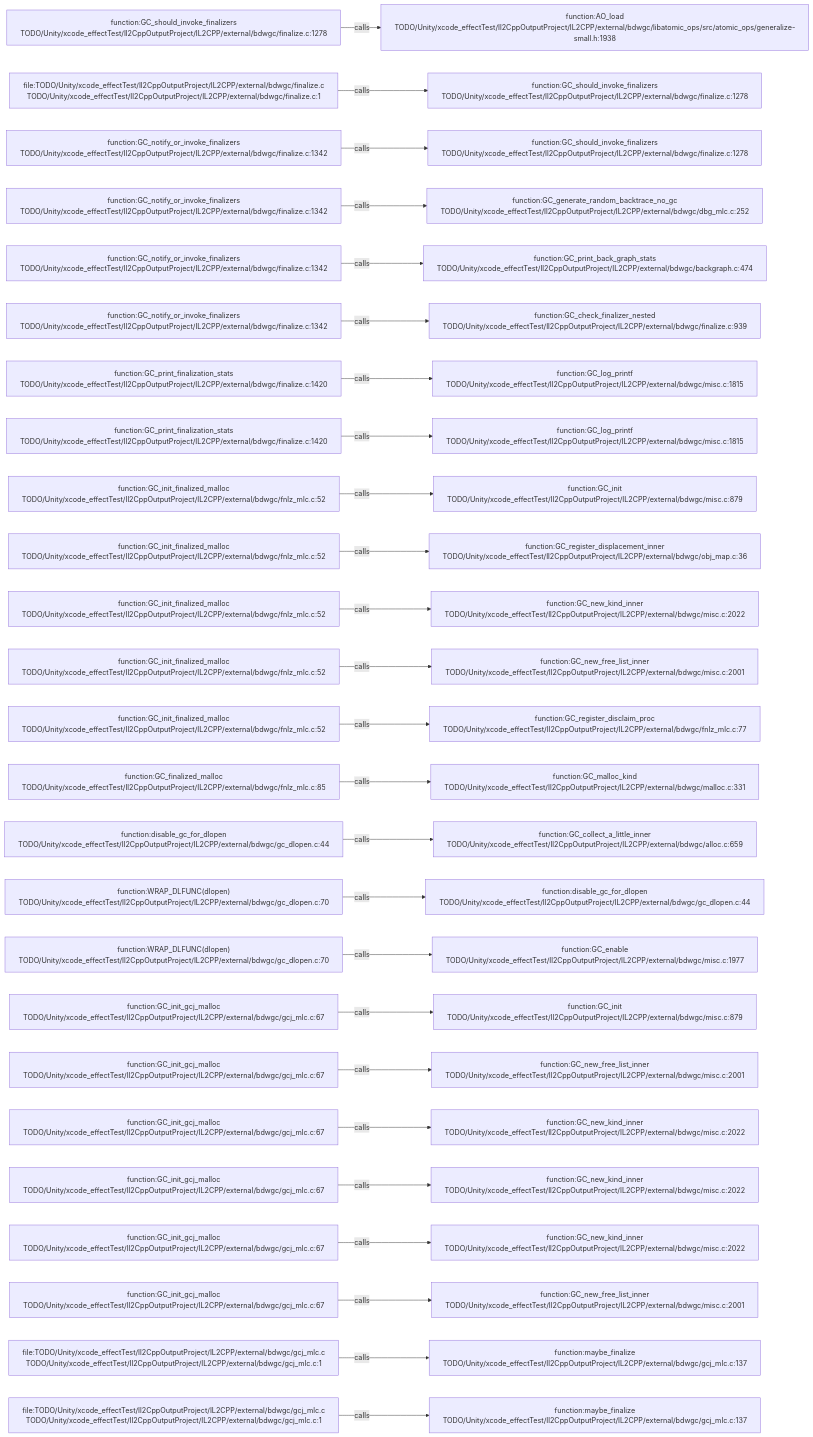
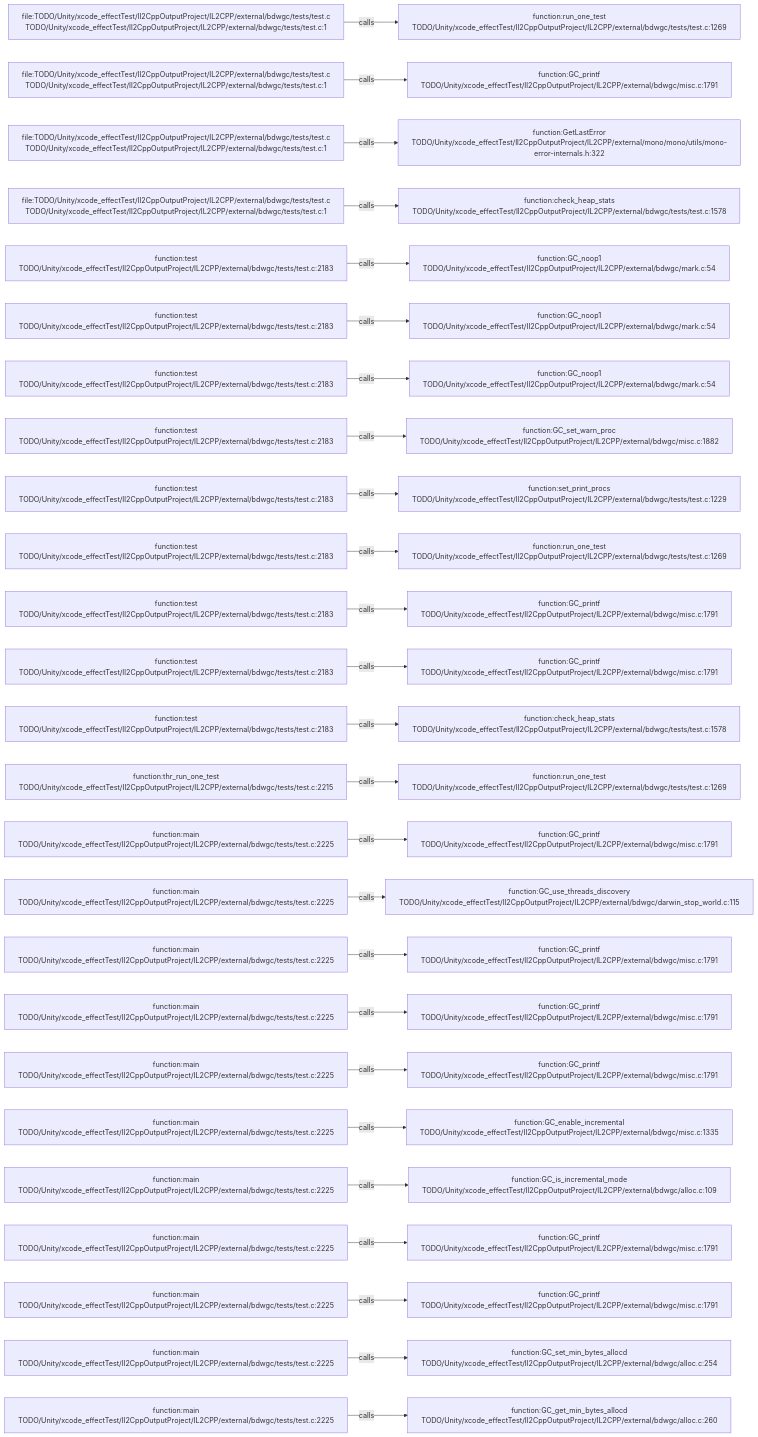
The diagram in .codegraph/codegraph.md/graphs/calls-178.md (JobsKits/JobsSwiftBaseConfigDemo), drawn with Mermaid before and after one commit. The commit also changed 227 other files, not shown here.

````diff
--- a/.codegraph/codegraph.md/graphs/calls-178.md
+++ b/.codegraph/codegraph.md/graphs/calls-178.md
@@ -13,78 +13,78 @@
 ```mermaid
 flowchart LR
-  S1["function:GC_should_invoke_finalizers<br/>TODO/Unity/xcode_effectTest/Il2CppOutputProject/IL2CPP/external/bdwgc/finalize.c:1278"]
-  T1["function:AO_load<br/>TODO/Unity/xcode_effectTest/Il2CppOutputProject/IL2CPP/external/bdwgc/libatomic_ops/src/atomic_ops/generalize-small.h:1938"]
+  S1["file:TODO/Unity/xcode_effectTest/Il2CppOutputProject/IL2CPP/external/bdwgc/tests/test.c<br/>TODO/Unity/xcode_effectTest/Il2CppOutputProject/IL2CPP/external/bdwgc/tests/test.c:1"]
+  T1["function:run_one_test<br/>TODO/Unity/xcode_effectTest/Il2CppOutputProject/IL2CPP/external/bdwgc/tests/test.c:1269"]
   S1 -->|calls| T1
-  S2["file:TODO/Unity/xcode_effectTest/Il2CppOutputProject/IL2CPP/external/bdwgc/finalize.c<br/>TODO/Unity/xcode_effectTest/Il2CppOutputProject/IL2CPP/external/bdwgc/finalize.c:1"]
-  T2["function:GC_should_invoke_finalizers<br/>TODO/Unity/xcode_effectTest/Il2CppOutputProject/IL2CPP/external/bdwgc/finalize.c:1278"]
+  S2["file:TODO/Unity/xcode_effectTest/Il2CppOutputProject/IL2CPP/external/bdwgc/tests/test.c<br/>TODO/Unity/xcode_effectTest/Il2CppOutputProject/IL2CPP/external/bdwgc/tests/test.c:1"]
+  T2["function:GC_printf<br/>TODO/Unity/xcode_effectTest/Il2CppOutputProject/IL2CPP/external/bdwgc/misc.c:1791"]
   S2 -->|calls| T2
-  S3["function:GC_notify_or_invoke_finalizers<br/>TODO/Unity/xcode_effectTest/Il2CppOutputProject/IL2CPP/external/bdwgc/finalize.c:1342"]
-  T3["function:GC_should_invoke_finalizers<br/>TODO/Unity/xcode_effectTest/Il2CppOutputProject/IL2CPP/external/bdwgc/finalize.c:1278"]
+  S3["file:TODO/Unity/xcode_effectTest/Il2CppOutputProject/IL2CPP/external/bdwgc/tests/test.c<br/>TODO/Unity/xcode_effectTest/Il2CppOutputProject/IL2CPP/external/bdwgc/tests/test.c:1"]
+  T3["function:GetLastError<br/>TODO/Unity/xcode_effectTest/Il2CppOutputProject/IL2CPP/external/mono/mono/utils/mono-error-internals.h:322"]
   S3 -->|calls| T3
-  S4["function:GC_notify_or_invoke_finalizers<br/>TODO/Unity/xcode_effectTest/Il2CppOutputProject/IL2CPP/external/bdwgc/finalize.c:1342"]
-  T4["function:GC_generate_random_backtrace_no_gc<br/>TODO/Unity/xcode_effectTest/Il2CppOutputProject/IL2CPP/external/bdwgc/dbg_mlc.c:252"]
+  S4["file:TODO/Unity/xcode_effectTest/Il2CppOutputProject/IL2CPP/external/bdwgc/tests/test.c<br/>TODO/Unity/xcode_effectTest/Il2CppOutputProject/IL2CPP/external/bdwgc/tests/test.c:1"]
+  T4["function:check_heap_stats<br/>TODO/Unity/xcode_effectTest/Il2CppOutputProject/IL2CPP/external/bdwgc/tests/test.c:1578"]
   S4 -->|calls| T4
-  S5["function:GC_notify_or_invoke_finalizers<br/>TODO/Unity/xcode_effectTest/Il2CppOutputProject/IL2CPP/external/bdwgc/finalize.c:1342"]
-  T5["function:GC_print_back_graph_stats<br/>TODO/Unity/xcode_effectTest/Il2CppOutputProject/IL2CPP/external/bdwgc/backgraph.c:474"]
+  S5["function:test<br/>TODO/Unity/xcode_effectTest/Il2CppOutputProject/IL2CPP/external/bdwgc/tests/test.c:2183"]
+  T5["function:GC_noop1<br/>TODO/Unity/xcode_effectTest/Il2CppOutputProject/IL2CPP/external/bdwgc/mark.c:54"]
   S5 -->|calls| T5
-  S6["function:GC_notify_or_invoke_finalizers<br/>TODO/Unity/xcode_effectTest/Il2CppOutputProject/IL2CPP/external/bdwgc/finalize.c:1342"]
-  T6["function:GC_check_finalizer_nested<br/>TODO/Unity/xcode_effectTest/Il2CppOutputProject/IL2CPP/external/bdwgc/finalize.c:939"]
+  S6["function:test<br/>TODO/Unity/xcode_effectTest/Il2CppOutputProject/IL2CPP/external/bdwgc/tests/test.c:2183"]
+  T6["function:GC_noop1<br/>TODO/Unity/xcode_effectTest/Il2CppOutputProject/IL2CPP/external/bdwgc/mark.c:54"]
   S6 -->|calls| T6
-  S7["function:GC_print_finalization_stats<br/>TODO/Unity/xcode_effectTest/Il2CppOutputProject/IL2CPP/external/bdwgc/finalize.c:1420"]
-  T7["function:GC_log_printf<br/>TODO/Unity/xcode_effectTest/Il2CppOutputProject/IL2CPP/external/bdwgc/misc.c:1815"]
+  S7["function:test<br/>TODO/Unity/xcode_effectTest/Il2CppOutputProject/IL2CPP/external/bdwgc/tests/test.c:2183"]
+  T7["function:GC_noop1<br/>TODO/Unity/xcode_effectTest/Il2CppOutputProject/IL2CPP/external/bdwgc/mark.c:54"]
   S7 -->|calls| T7
-  S8["function:GC_print_finalization_stats<br/>TODO/Unity/xcode_effectTest/Il2CppOutputProject/IL2CPP/external/bdwgc/finalize.c:1420"]
-  T8["function:GC_log_printf<br/>TODO/Unity/xcode_effectTest/Il2CppOutputProject/IL2CPP/external/bdwgc/misc.c:1815"]
+  S8["function:test<br/>TODO/Unity/xcode_effectTest/Il2CppOutputProject/IL2CPP/external/bdwgc/tests/test.c:2183"]
+  T8["function:GC_set_warn_proc<br/>TODO/Unity/xcode_effectTest/Il2CppOutputProject/IL2CPP/external/bdwgc/misc.c:1882"]
   S8 -->|calls| T8
-  S9["function:GC_init_finalized_malloc<br/>TODO/Unity/xcode_effectTest/Il2CppOutputProject/IL2CPP/external/bdwgc/fnlz_mlc.c:52"]
-  T9["function:GC_init<br/>TODO/Unity/xcode_effectTest/Il2CppOutputProject/IL2CPP/external/bdwgc/misc.c:879"]
+  S9["function:test<br/>TODO/Unity/xcode_effectTest/Il2CppOutputProject/IL2CPP/external/bdwgc/tests/test.c:2183"]
+  T9["function:set_print_procs<br/>TODO/Unity/xcode_effectTest/Il2CppOutputProject/IL2CPP/external/bdwgc/tests/test.c:1229"]
   S9 -->|calls| T9
-  S10["function:GC_init_finalized_malloc<br/>TODO/Unity/xcode_effectTest/Il2CppOutputProject/IL2CPP/external/bdwgc/fnlz_mlc.c:52"]
-  T10["function:GC_register_displacement_inner<br/>TODO/Unity/xcode_effectTest/Il2CppOutputProject/IL2CPP/external/bdwgc/obj_map.c:36"]
+  S10["function:test<br/>TODO/Unity/xcode_effectTest/Il2CppOutputProject/IL2CPP/external/bdwgc/tests/test.c:2183"]
+  T10["function:run_one_test<br/>TODO/Unity/xcode_effectTest/Il2CppOutputProject/IL2CPP/external/bdwgc/tests/test.c:1269"]
   S10 -->|calls| T10
-  S11["function:GC_init_finalized_malloc<br/>TODO/Unity/xcode_effectTest/Il2CppOutputProject/IL2CPP/external/bdwgc/fnlz_mlc.c:52"]
-  T11["function:GC_new_kind_inner<br/>TODO/Unity/xcode_effectTest/Il2CppOutputProject/IL2CPP/external/bdwgc/misc.c:2022"]
+  S11["function:test<br/>TODO/Unity/xcode_effectTest/Il2CppOutputProject/IL2CPP/external/bdwgc/tests/test.c:2183"]
+  T11["function:GC_printf<br/>TODO/Unity/xcode_effectTest/Il2CppOutputProject/IL2CPP/external/bdwgc/misc.c:1791"]
   S11 -->|calls| T11
-  S12["function:GC_init_finalized_malloc<br/>TODO/Unity/xcode_effectTest/Il2CppOutputProject/IL2CPP/external/bdwgc/fnlz_mlc.c:52"]
-  T12["function:GC_new_free_list_inner<br/>TODO/Unity/xcode_effectTest/Il2CppOutputProject/IL2CPP/external/bdwgc/misc.c:2001"]
+  S12["function:test<br/>TODO/Unity/xcode_effectTest/Il2CppOutputProject/IL2CPP/external/bdwgc/tests/test.c:2183"]
+  T12["function:GC_printf<br/>TODO/Unity/xcode_effectTest/Il2CppOutputProject/IL2CPP/external/bdwgc/misc.c:1791"]
   S12 -->|calls| T12
-  S13["function:GC_init_finalized_malloc<br/>TODO/Unity/xcode_effectTest/Il2CppOutputProject/IL2CPP/external/bdwgc/fnlz_mlc.c:52"]
-  T13["function:GC_register_disclaim_proc<br/>TODO/Unity/xcode_effectTest/Il2CppOutputProject/IL2CPP/external/bdwgc/fnlz_mlc.c:77"]
+  S13["function:test<br/>TODO/Unity/xcode_effectTest/Il2CppOutputProject/IL2CPP/external/bdwgc/tests/test.c:2183"]
+  T13["function:check_heap_stats<br/>TODO/Unity/xcode_effectTest/Il2CppOutputProject/IL2CPP/external/bdwgc/tests/test.c:1578"]
   S13 -->|calls| T13
-  S14["function:GC_finalized_malloc<br/>TODO/Unity/xcode_effectTest/Il2CppOutputProject/IL2CPP/external/bdwgc/fnlz_mlc.c:85"]
-  T14["function:GC_malloc_kind<br/>TODO/Unity/xcode_effectTest/Il2CppOutputProject/IL2CPP/external/bdwgc/malloc.c:331"]
+  S14["function:thr_run_one_test<br/>TODO/Unity/xcode_effectTest/Il2CppOutputProject/IL2CPP/external/bdwgc/tests/test.c:2215"]
+  T14["function:run_one_test<br/>TODO/Unity/xcode_effectTest/Il2CppOutputProject/IL2CPP/external/bdwgc/tests/test.c:1269"]
   S14 -->|calls| T14
-  S15["function:disable_gc_for_dlopen<br/>TODO/Unity/xcode_effectTest/Il2CppOutputProject/IL2CPP/external/bdwgc/gc_dlopen.c:44"]
-  T15["function:GC_collect_a_little_inner<br/>TODO/Unity/xcode_effectTest/Il2CppOutputProject/IL2CPP/external/bdwgc/alloc.c:659"]
+  S15["function:main<br/>TODO/Unity/xcode_effectTest/Il2CppOutputProject/IL2CPP/external/bdwgc/tests/test.c:2225"]
+  T15["function:GC_printf<br/>TODO/Unity/xcode_effectTest/Il2CppOutputProject/IL2CPP/external/bdwgc/misc.c:1791"]
   S15 -->|calls| T15
-  S16["function:WRAP_DLFUNC(dlopen)<br/>TODO/Unity/xcode_effectTest/Il2CppOutputProject/IL2CPP/external/bdwgc/gc_dlopen.c:70"]
-  T16["function:disable_gc_for_dlopen<br/>TODO/Unity/xcode_effectTest/Il2CppOutputProject/IL2CPP/external/bdwgc/gc_dlopen.c:44"]
+  S16["function:main<br/>TODO/Unity/xcode_effectTest/Il2CppOutputProject/IL2CPP/external/bdwgc/tests/test.c:2225"]
+  T16["function:GC_use_threads_discovery<br/>TODO/Unity/xcode_effectTest/Il2CppOutputProject/IL2CPP/external/bdwgc/darwin_stop_world.c:115"]
   S16 -->|calls| T16
-  S17["function:WRAP_DLFUNC(dlopen)<br/>TODO/Unity/xcode_effectTest/Il2CppOutputProject/IL2CPP/external/bdwgc/gc_dlopen.c:70"]
-  T17["function:GC_enable<br/>TODO/Unity/xcode_effectTest/Il2CppOutputProject/IL2CPP/external/bdwgc/misc.c:1977"]
+  S17["function:main<br/>TODO/Unity/xcode_effectTest/Il2CppOutputProject/IL2CPP/external/bdwgc/tests/test.c:2225"]
+  T17["function:GC_printf<br/>TODO/Unity/xcode_effectTest/Il2CppOutputProject/IL2CPP/external/bdwgc/misc.c:1791"]
   S17 -->|calls| T17
-  S18["function:GC_init_gcj_malloc<br/>TODO/Unity/xcode_effectTest/Il2CppOutputProject/IL2CPP/external/bdwgc/gcj_mlc.c:67"]
-  T18["function:GC_init<br/>TODO/Unity/xcode_effectTest/Il2CppOutputProject/IL2CPP/external/bdwgc/misc.c:879"]
+  S18["function:main<br/>TODO/Unity/xcode_effectTest/Il2CppOutputProject/IL2CPP/external/bdwgc/tests/test.c:2225"]
+  T18["function:GC_printf<br/>TODO/Unity/xcode_effectTest/Il2CppOutputProject/IL2CPP/external/bdwgc/misc.c:1791"]
   S18 -->|calls| T18
-  S19["function:GC_init_gcj_malloc<br/>TODO/Unity/xcode_effectTest/Il2CppOutputProject/IL2CPP/external/bdwgc/gcj_mlc.c:67"]
-  T19["function:GC_new_free_list_inner<br/>TODO/Unity/xcode_effectTest/Il2CppOutputProject/IL2CPP/external/bdwgc/misc.c:2001"]
+  S19["function:main<br/>TODO/Unity/xcode_effectTest/Il2CppOutputProject/IL2CPP/external/bdwgc/tests/test.c:2225"]
+  T19["function:GC_printf<br/>TODO/Unity/xcode_effectTest/Il2CppOutputProject/IL2CPP/external/bdwgc/misc.c:1791"]
   S19 -->|calls| T19
-  S20["function:GC_init_gcj_malloc<br/>TODO/Unity/xcode_effectTest/Il2CppOutputProject/IL2CPP/external/bdwgc/gcj_mlc.c:67"]
-  T20["function:GC_new_kind_inner<br/>TODO/Unity/xcode_effectTest/Il2CppOutputProject/IL2CPP/external/bdwgc/misc.c:2022"]
+  S20["function:main<br/>TODO/Unity/xcode_effectTest/Il2CppOutputProject/IL2CPP/external/bdwgc/tests/test.c:2225"]
+  T20["function:GC_enable_incremental<br/>TODO/Unity/xcode_effectTest/Il2CppOutputProject/IL2CPP/external/bdwgc/misc.c:1335"]
   S20 -->|calls| T20
-  S21["function:GC_init_gcj_malloc<br/>TODO/Unity/xcode_effectTest/Il2CppOutputProject/IL2CPP/external/bdwgc/gcj_mlc.c:67"]
-  T21["function:GC_new_kind_inner<br/>TODO/Unity/xcode_effectTest/Il2CppOutputProject/IL2CPP/external/bdwgc/misc.c:2022"]
+  S21["function:main<br/>TODO/Unity/xcode_effectTest/Il2CppOutputProject/IL2CPP/external/bdwgc/tests/test.c:2225"]
+  T21["function:GC_is_incremental_mode<br/>TODO/Unity/xcode_effectTest/Il2CppOutputProject/IL2CPP/external/bdwgc/alloc.c:109"]
   S21 -->|calls| T21
-  S22["function:GC_init_gcj_malloc<br/>TODO/Unity/xcode_effectTest/Il2CppOutputProject/IL2CPP/external/bdwgc/gcj_mlc.c:67"]
-  T22["function:GC_new_kind_inner<br/>TODO/Unity/xcode_effectTest/Il2CppOutputProject/IL2CPP/external/bdwgc/misc.c:2022"]
+  S22["function:main<br/>TODO/Unity/xcode_effectTest/Il2CppOutputProject/IL2CPP/external/bdwgc/tests/test.c:2225"]
+  T22["function:GC_printf<br/>TODO/Unity/xcode_effectTest/Il2CppOutputProject/IL2CPP/external/bdwgc/misc.c:1791"]
   S22 -->|calls| T22
-  S23["function:GC_init_gcj_malloc<br/>TODO/Unity/xcode_effectTest/Il2CppOutputProject/IL2CPP/external/bdwgc/gcj_mlc.c:67"]
-  T23["function:GC_new_free_list_inner<br/>TODO/Unity/xcode_effectTest/Il2CppOutputProject/IL2CPP/external/bdwgc/misc.c:2001"]
+  S23["function:main<br/>TODO/Unity/xcode_effectTest/Il2CppOutputProject/IL2CPP/external/bdwgc/tests/test.c:2225"]
+  T23["function:GC_printf<br/>TODO/Unity/xcode_effectTest/Il2CppOutputProject/IL2CPP/external/bdwgc/misc.c:1791"]
   S23 -->|calls| T23
-  S24["file:TODO/Unity/xcode_effectTest/Il2CppOutputProject/IL2CPP/external/bdwgc/gcj_mlc.c<br/>TODO/Unity/xcode_effectTest/Il2CppOutputProject/IL2CPP/external/bdwgc/gcj_mlc.c:1"]
-  T24["function:maybe_finalize<br/>TODO/Unity/xcode_effectTest/Il2CppOutputProject/IL2CPP/external/bdwgc/gcj_mlc.c:137"]
+  S24["function:main<br/>TODO/Unity/xcode_effectTest/Il2CppOutputProject/IL2CPP/external/bdwgc/tests/test.c:2225"]
+  T24["function:GC_set_min_bytes_allocd<br/>TODO/Unity/xcode_effectTest/Il2CppOutputProject/IL2CPP/external/bdwgc/alloc.c:254"]
   S24 -->|calls| T24
-  S25["file:TODO/Unity/xcode_effectTest/Il2CppOutputProject/IL2CPP/external/bdwgc/gcj_mlc.c<br/>TODO/Unity/xcode_effectTest/Il2CppOutputProject/IL2CPP/external/bdwgc/gcj_mlc.c:1"]
-  T25["function:maybe_finalize<br/>TODO/Unity/xcode_effectTest/Il2CppOutputProject/IL2CPP/external/bdwgc/gcj_mlc.c:137"]
+  S25["function:main<br/>TODO/Unity/xcode_effectTest/Il2CppOutputProject/IL2CPP/external/bdwgc/tests/test.c:2225"]
+  T25["function:GC_get_min_bytes_allocd<br/>TODO/Unity/xcode_effectTest/Il2CppOutputProject/IL2CPP/external/bdwgc/alloc.c:260"]
   S25 -->|calls| T25
 ```
````
